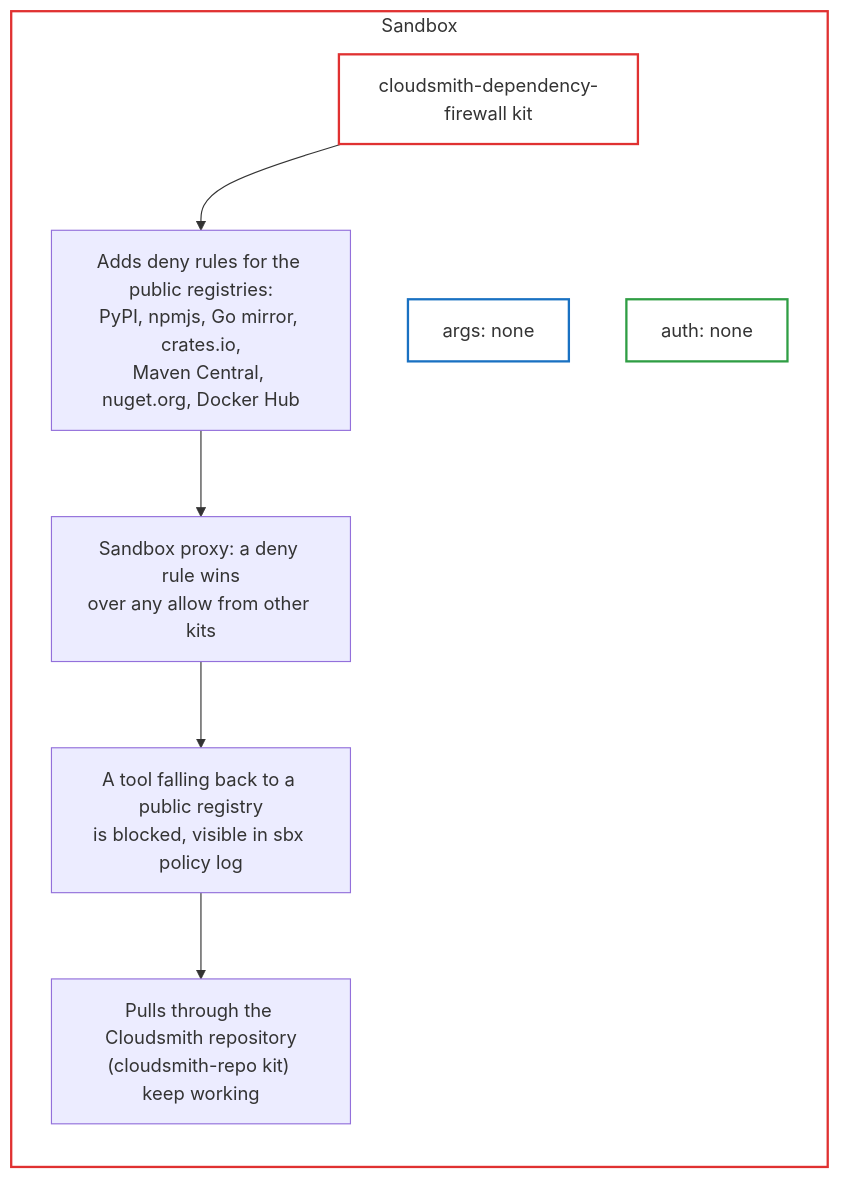
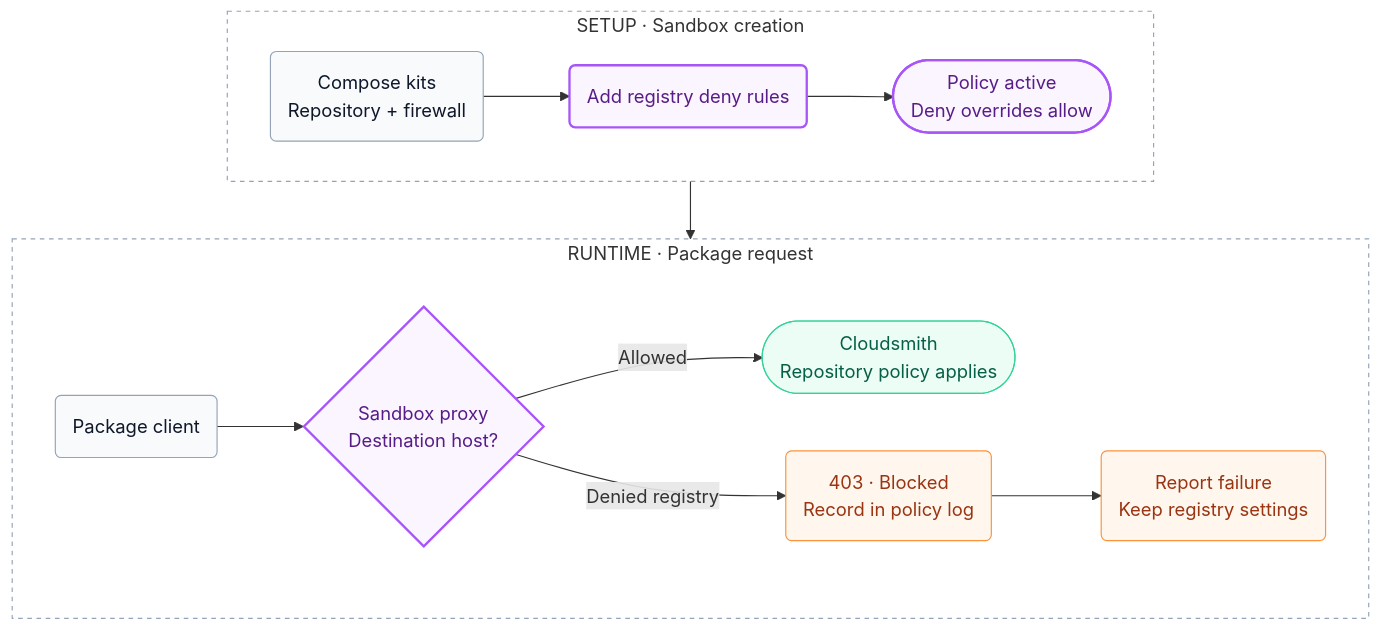
The diagram in cloudsmith-dependency-firewall/README.md (BartoszBlizniak/sbx-kits-contrib), drawn with Mermaid before and after one commit. The commit also changed other lines of this file and 2 other files, not shown here.

Commit message:
docs(cloudsmith): clarify usage and simplify kit diagrams

````diff
--- a/cloudsmith-dependency-firewall/README.md
+++ b/cloudsmith-dependency-firewall/README.md
@@ -31,20 +35,36 @@
 ```mermaid
 flowchart TB
-    subgraph sandbox["Sandbox"]
-        direction TB
-        kit["cloudsmith-dependency-firewall kit"]
-        args["args: none"]
-        auth["auth: none"]
-        s1["Adds deny rules for the public registries:<br/>PyPI, npmjs, Go mirror, crates.io,<br/>Maven Central, nuget.org, Docker Hub"]
-        s2["Sandbox proxy: a deny rule wins<br/>over any allow from other kits"]
-        s3["A tool falling back to a public registry<br/>is blocked, visible in sbx policy log"]
-        s4["Pulls through the Cloudsmith repository<br/>(cloudsmith-repo kit) keep working"]
-        kit --> s1 --> s2 --> s3 --> s4
-        kit ~~~ args
-        kit ~~~ auth
+    subgraph SETUP["SETUP · Sandbox creation"]
+        direction LR
+        COMPOSE("Compose kits<br/>Repository + firewall")
+        RULES("Add registry deny rules")
+        POLICY(["Policy active<br/>Deny overrides allow"])
+        COMPOSE --> RULES --> POLICY
     end
-    style sandbox stroke:#e03131,stroke-width:2px,fill:#ffffff
-    style kit stroke:#e03131,stroke-width:2px,fill:#ffffff
-    style args stroke:#1971c2,stroke-width:2px,fill:#ffffff
-    style auth stroke:#2f9e44,stroke-width:2px,fill:#ffffff
+
+    subgraph REQUEST["RUNTIME · Package request"]
+        direction LR
+        CLIENT("Package client")
+        PROXY{"Sandbox proxy<br/>Destination host?"}
+        CLOUDSMITH(["Cloudsmith<br/>Repository policy applies"])
+        BLOCK("403 · Blocked<br/>Record in policy log")
+        REPORT("Report failure<br/>Keep registry settings")
+        CLIENT --> PROXY
+        PROXY -->|Allowed| CLOUDSMITH
+        PROXY -->|Denied registry| BLOCK
+        BLOCK --> REPORT
+    end
+
+    SETUP --> REQUEST
+
+    classDef neutral fill:#f8fafc,stroke:#94a3b8,color:#0f172a;
+    classDef accent fill:#faf5ff,stroke:#a855f7,color:#581c87,stroke-width:2px;
+    classDef success fill:#ecfdf5,stroke:#34d399,color:#065f46;
+    classDef failure fill:#fff7ed,stroke:#fb923c,color:#9a3412;
+    class COMPOSE,CLIENT neutral;
+    class RULES,POLICY,PROXY accent;
+    class CLOUDSMITH success;
+    class BLOCK,REPORT failure;
+    style SETUP fill:transparent,stroke:#94a3b8,stroke-dasharray:4 4
+    style REQUEST fill:transparent,stroke:#94a3b8,stroke-dasharray:4 4
 ```
````
